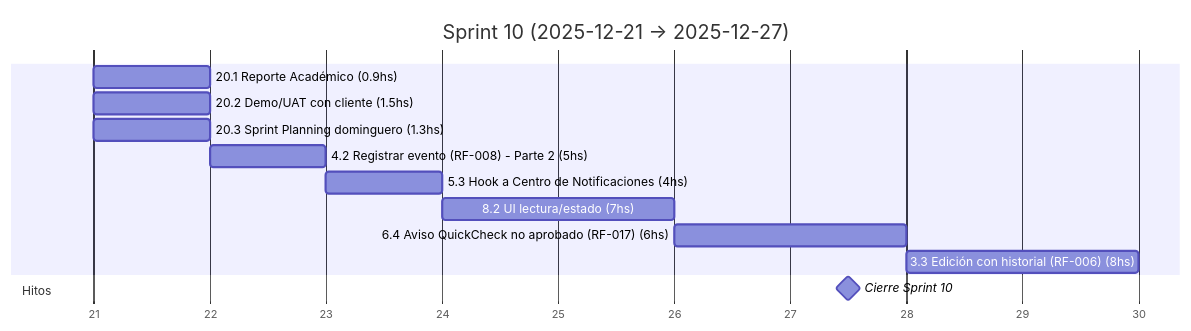
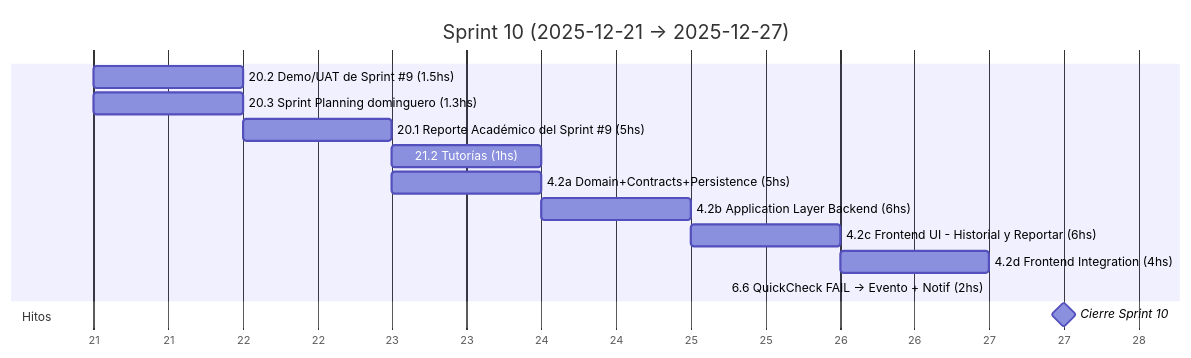
Diagram 11 of 19 in docs/SprintsGantts.md (MarkMed/FleetMan), drawn with Mermaid before and after one commit. The commit also changed 2 other files, not shown here.

Commit message:
feat: Update sprint documentation with detailed tasks and hours for MachineEvent integration

````diff
--- a/docs/SprintsGantts.md
+++ b/docs/SprintsGantts.md
@@ -331,20 +331,21 @@
 ```mermaid
 gantt
   title Sprint 10 (2025-12-21 → 2025-12-27)
   dateFormat  YYYY-MM-DD
   axisFormat  %d
 
   %% Asumimos 5 h/día. Horas estimadas incluidas en el nombre.
 
-  20.1 Reporte Académico (0.9hs)               :t201, 2025-12-21, 1d
-  20.2 Demo/UAT con cliente (1.5hs)            :t202, 2025-12-21, 1d
+  20.2 Demo/UAT de Sprint #9 (1.5hs)           :t202, 2025-12-21, 1d
   20.3 Sprint Planning dominguero (1.3hs)      :t203, 2025-12-21, 1d
-  4.2 Registrar evento (RF-008) - Parte 2 (5hs) :t422, after t203, 1d
-  5.3 Hook a Centro de Notificaciones (4hs)    :t53, after t422, 1d
-  8.2 UI lectura/estado (7hs)                  :t82, after t53, 2d
-  6.4 Aviso QuickCheck no aprobado (RF-017) (6hs) :t64, after t82, 2d
-  3.3 Edición con historial (RF-006) (8hs)     :t33, after t64, 2d
+  20.1 Reporte Académico del Sprint #9 (5hs)    :t201, 2025-12-22, 1d
+  21.2 Tutorías (1hs)                          :t212, 2025-12-23, 1d
+  4.2a Domain+Contracts+Persistence (5hs)      :t42a, 2025-12-23, 1d
+  4.2b Application Layer Backend (6hs)         :t42b, after t42a, 1.2d
+  4.2c Frontend UI - Historial y Reportar (6hs) :t42c, after t42b, 1.2d
+  4.2d Frontend Integration (4hs)              :t42d, after t42c, 0.8d
+  6.6 QuickCheck FAIL → Evento + Notif (2hs)  :t66, after t42d, 0.4d
 
   section Hitos
   Cierre Sprint 10                             :milestone, s10, 2025-12-27, 1d
 ```
````
